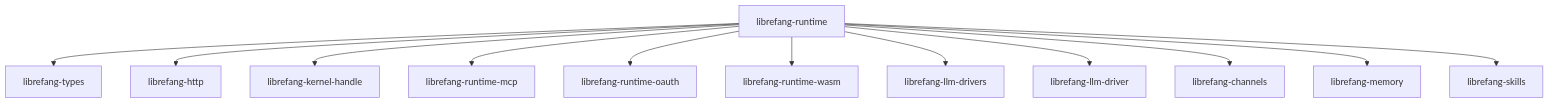
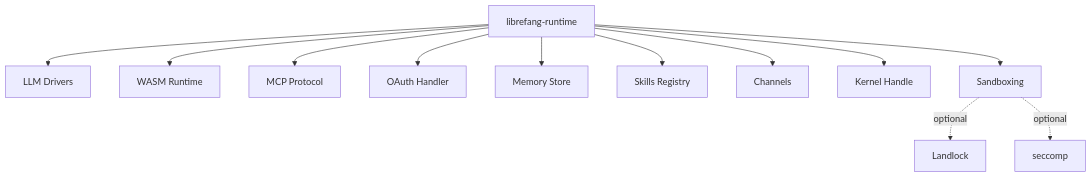
Before and after one commit to leszek3737/librefang-WIki: the diagram in other-librefang-runtime.md, drawn with Mermaid. The commit also changed other lines of this file and 98 other files, not shown here.

````diff
--- a/other-librefang-runtime.md
+++ b/other-librefang-runtime.md
@@ -33,14 +11,14 @@
 ```mermaid
 graph TD
-    RT[librefang-runtime] --> Types[librefang-types]
-    RT --> HTTP[librefang-http]
-    RT --> KH[librefang-kernel-handle]
-    RT --> MCP[librefang-runtime-mcp]
-    RT --> OAuth[librefang-runtime-oauth]
-    RT --> WASM[librefang-runtime-wasm]
-    RT --> LLMDrv[librefang-llm-drivers]
-    RT --> LLM[librefang-llm-driver]
-    RT --> CH[librefang-channels]
-    RT --> MEM[librefang-memory]
-    RT --> SK[librefang-skills]
+    RT[librefang-runtime] --> LLM[LLM Drivers]
+    RT --> WASM[WASM Runtime]
+    RT --> MCP[MCP Protocol]
+    RT --> OAUTH[OAuth Handler]
+    RT --> MEM[Memory Store]
+    RT --> SKILLS[Skills Registry]
+    RT --> CH[Channels]
+    RT --> KH[Kernel Handle]
+    RT --> SANDBOX[Sandboxing]
+    SANDBOX -.->|optional| LL[Landlock]
+    SANDBOX -.->|optional| SC[seccomp]
 ```
````
